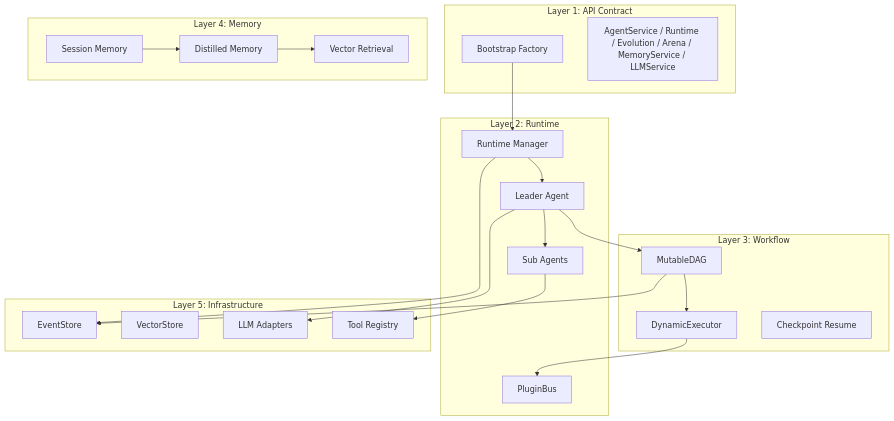
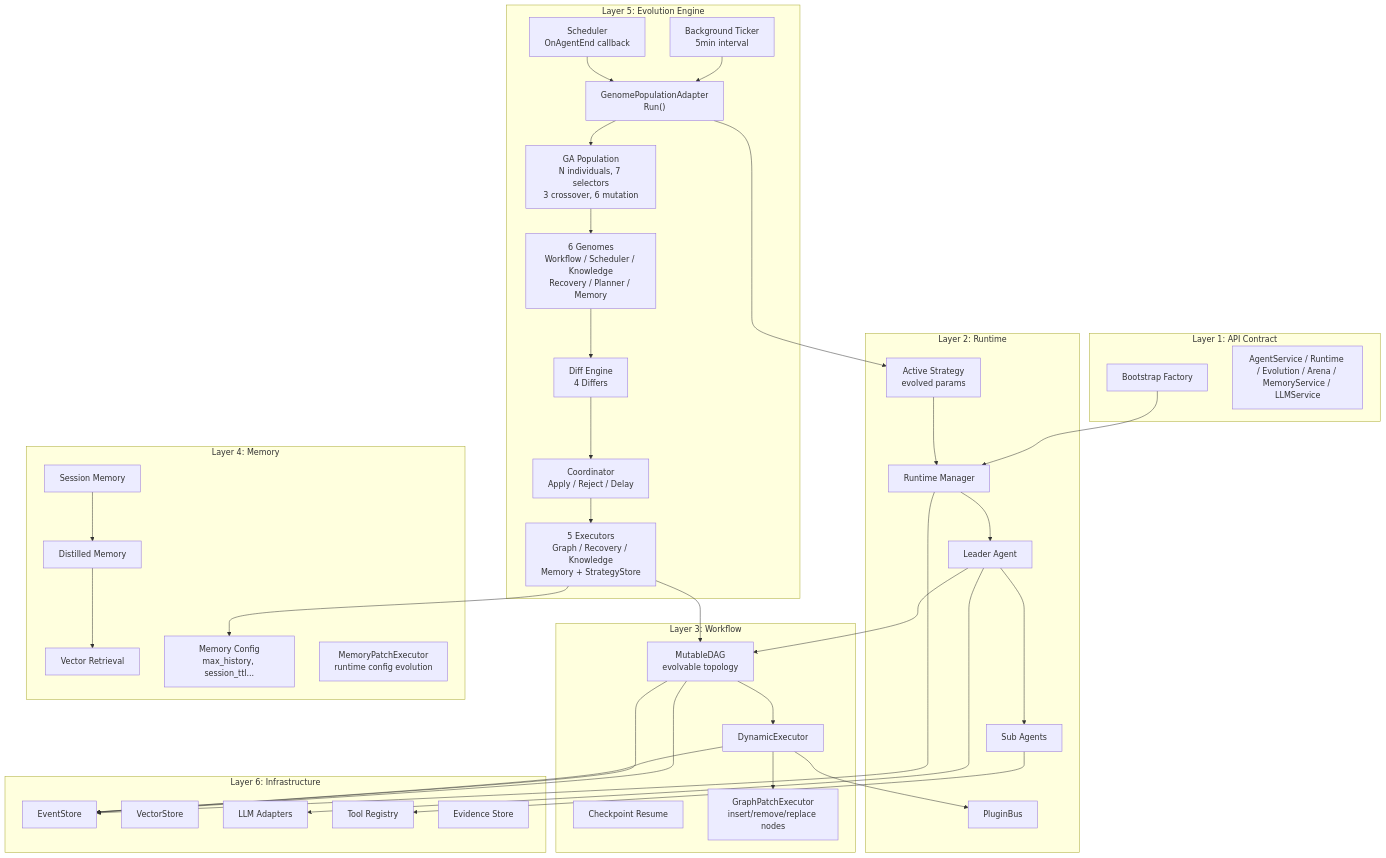
One commit to Timwood0x10/ARES changed the diagram in docs/articles/en/architecture-overview-deep-dive.md. Above: the diagram before and after it, drawn with Mermaid. The commit also changed other lines of this file and 63 other files, not shown here.

````diff
--- a/docs/articles/en/architecture-overview-deep-dive.md
+++ b/docs/articles/en/architecture-overview-deep-dive.md
@@ -27,46 +27,77 @@
 ```mermaid
 graph TB
     subgraph API ["Layer 1: API Contract"]
         Bootstrap["Bootstrap Factory"]
         Interfaces["AgentService / Runtime / Evolution / Arena / MemoryService / LLMService"]
     end
 
     subgraph Runtime ["Layer 2: Runtime"]
         RT["Runtime Manager"]
         Leader["Leader Agent"]
         Sub["Sub Agents"]
         PluginBus["PluginBus"]
+        Strategy["Active Strategy<br/>evolved params"]
     end
 
     subgraph Workflow ["Layer 3: Workflow"]
-        DAG["MutableDAG"]
+        DAG["MutableDAG<br/>evolvable topology"]
         Exec["DynamicExecutor"]
         Checkpoint["Checkpoint Resume"]
+        GraphPatch["GraphPatchExecutor<br/>insert/remove/replace nodes"]
     end
 
     subgraph Memory ["Layer 4: Memory"]
         Session["Session Memory"]
         Distilled["Distilled Memory"]
         Retrieval["Vector Retrieval"]
+        MemConfig["Memory Config<br/>max_history, session_ttl..."]
+        MemPatch["MemoryPatchExecutor<br/>runtime config evolution"]
     end
 
-    subgraph Infra ["Layer 5: Infrastructure"]
+    subgraph Evolution ["Layer 5: Evolution Engine"]
+        GA["GA Population<br/>N individuals, 7 selectors<br/>3 crossover, 6 mutation"]
+        Tick["Background Ticker<br/>5min interval"]
+        Sched["Scheduler<br/>OnAgentEnd callback"]
+        Adapter["GenomePopulationAdapter<br/>Run()"]
+        Genomes["6 Genomes<br/>Workflow / Scheduler / Knowledge<br/>Recovery / Planner / Memory"]
+        Diff["Diff Engine<br/>4 Differs"]
+        Coord["Coordinator<br/>Apply / Reject / Delay"]
+        Execs["5 Executors<br/>Graph / Recovery / Knowledge<br/>Memory + StrategyStore"]
+    end
+
+    subgraph Infra ["Layer 6: Infrastructure"]
         Events["EventStore"]
         Storage["VectorStore"]
         LLM["LLM Adapters"]
         Tools["Tool Registry"]
+        Evidence["Evidence Store"]
     end
 
     Bootstrap --> RT
     RT --> Leader
     Leader --> Sub
     Leader --> DAG
     DAG --> Exec
     Exec --> PluginBus
+    Exec --> GraphPatch
     Session --> Distilled
     Distilled --> Retrieval
     RT --> Events
     DAG --> Events
     Leader --> LLM
     Sub --> Tools
+
+    Tick --> Adapter
+    Sched --> Adapter
+    Adapter --> GA
+    GA --> Genomes
+    Genomes --> Diff
+    Diff --> Coord
+    Coord --> Execs
+    Execs --> DAG
+    Execs --> MemConfig
+    Adapter --> Strategy
+    Strategy --> RT
+    DAG --> Events
+    Exec --> Events
 ```
````
